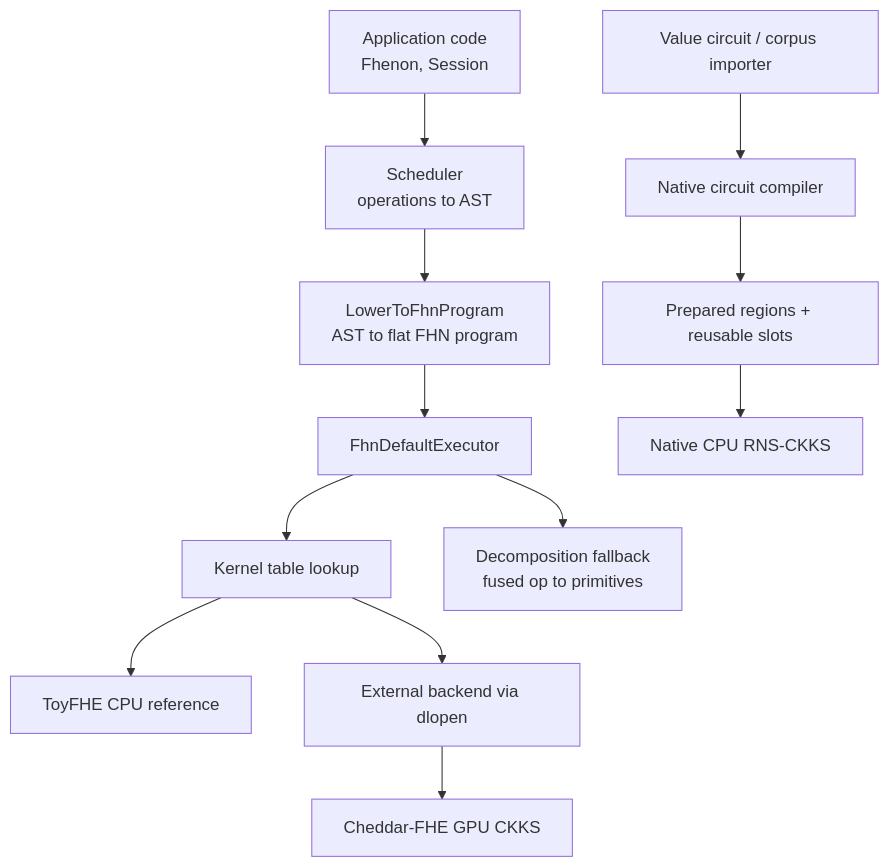
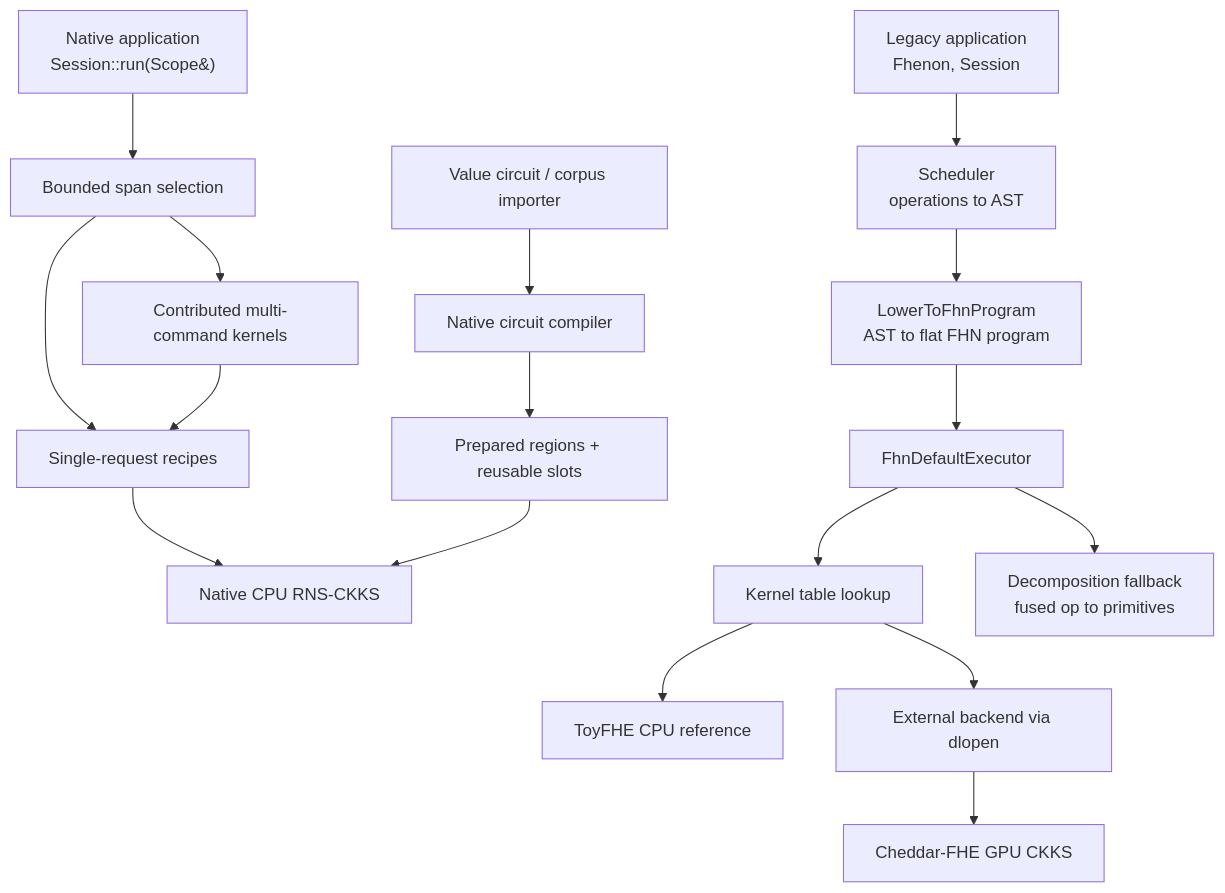
The diagram in README.md (zotanika/fhenomenon), drawn with Mermaid before and after one commit. The commit also changed other lines of this file and 24 other files, not shown here.

First line of the commit message:
feat: connect native CKKS to scoped kernel execution

````diff
--- a/README.md
+++ b/README.md
@@ -106,14 +107,19 @@
 ```mermaid
 flowchart TD
-    A["Application code<br/>Fhenon<int>, Session"] --> B["Scheduler<br/>operations to AST"]
+    S["Native application<br/>Session::run(Scope&)"] --> T["Bounded span selection"]
+    T --> U["Contributed multi-command kernels"]
+    T --> V["Single-request recipes"]
+    U --> V
+    V --> M["Native CPU RNS-CKKS"]
+    A["Legacy application<br/>Fhenon<int>, Session"] --> B["Scheduler<br/>operations to AST"]
     B --> C["LowerToFhnProgram<br/>AST to flat FHN program"]
     C --> D["FhnDefaultExecutor"]
     D --> E["Kernel table lookup"]
     E --> F["ToyFHE CPU reference"]
     E --> G["External backend via dlopen"]
     G --> H["Cheddar-FHE GPU CKKS"]
     D --> I["Decomposition fallback<br/>fused op to primitives"]
     J["Value circuit / corpus importer"] --> K["Native circuit compiler"]
     K --> L["Prepared regions + reusable slots"]
     L --> M["Native CPU RNS-CKKS"]
 ```
````
